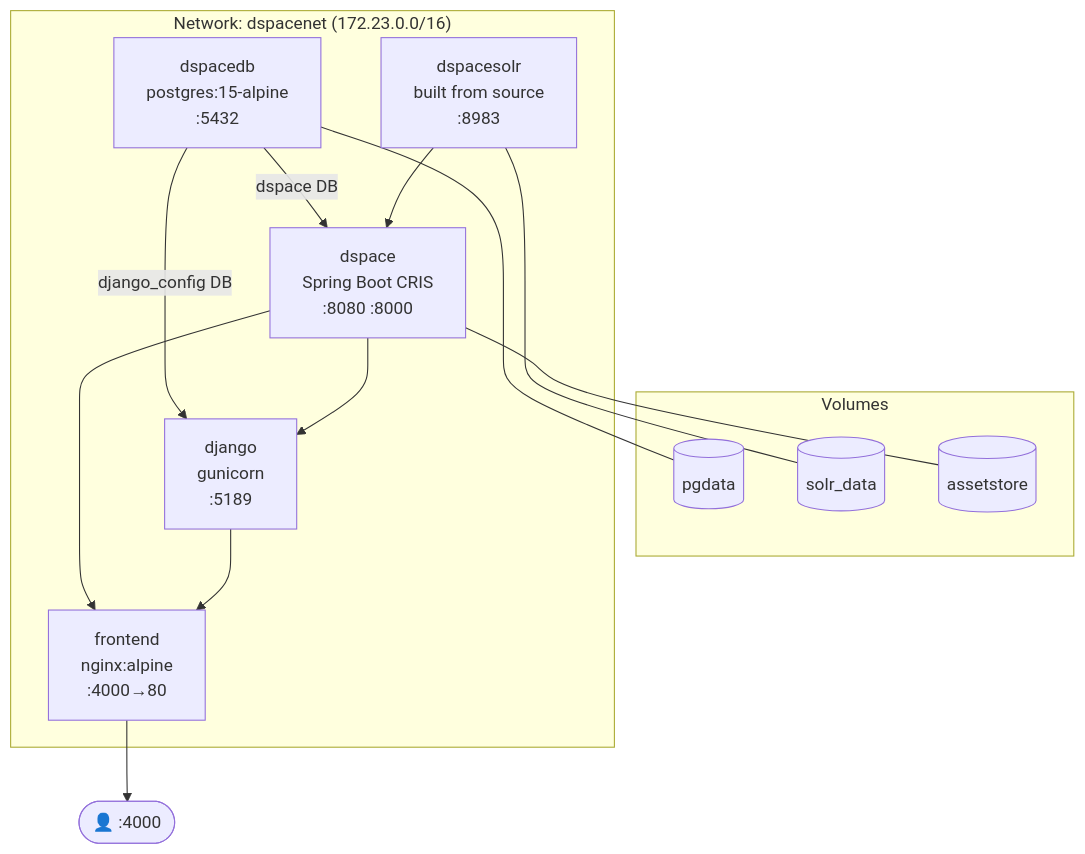
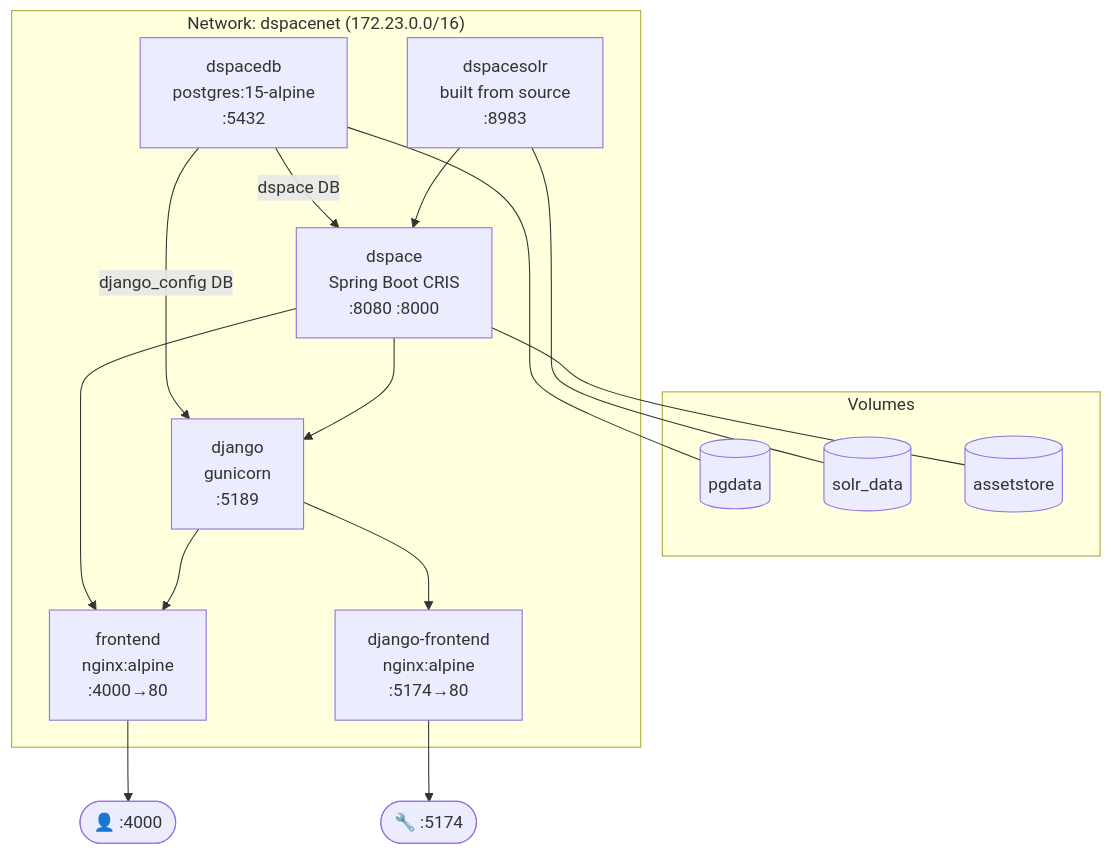
Before and after one commit to sszepe/dspace-cris-cockpit-docu: the first of 2 diagrams in ops/stack.md, drawn with Mermaid. The commit also changed other lines of this file and 3 other files, not shown here.

Commit message:
update ops docu on django-frontend

````diff
--- a/ops/stack.md
+++ b/ops/stack.md
@@ -16,30 +16,34 @@
 ```mermaid
 graph TB
     subgraph Volumes
         PGV[("pgdata")]
         SolrV[("solr_data")]
         AssetV[("assetstore")]
     end
 
     subgraph "Network: dspacenet (172.23.0.0/16)"
         PG["dspacedb\npostgres:15-alpine\n:5432"]
         Solr["dspacesolr\nbuilt from source\n:8983"]
         DS["dspace\nSpring Boot CRIS\n:8080 :8000"]
         DJ["django\ngunicorn\n:5189"]
         FE["frontend\nnginx:alpine\n:4000→80"]
+        DJF["django-frontend\nnginx:alpine\n:5174→80"]
     end
 
     User(["👤 :4000"])
+    Admin(["🔧 :5174"])
 
     PG --- PGV
     Solr --- SolrV
     DS --- AssetV
 
     PG -->|"dspace DB"| DS
     PG -->|"django_config DB"| DJ
     Solr --> DS
     DS --> DJ
     DS --> FE
     DJ --> FE
+    DJ --> DJF
     FE --> User
+    DJF --> Admin
 ```
````
